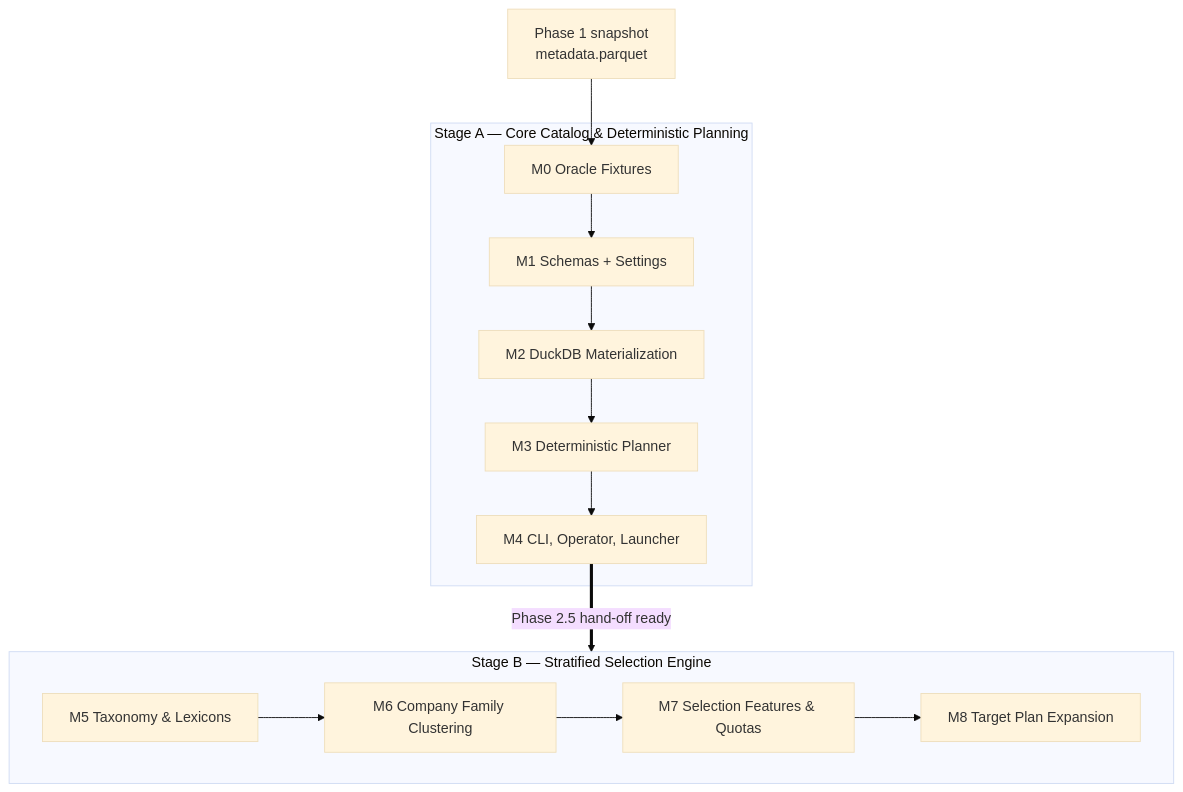
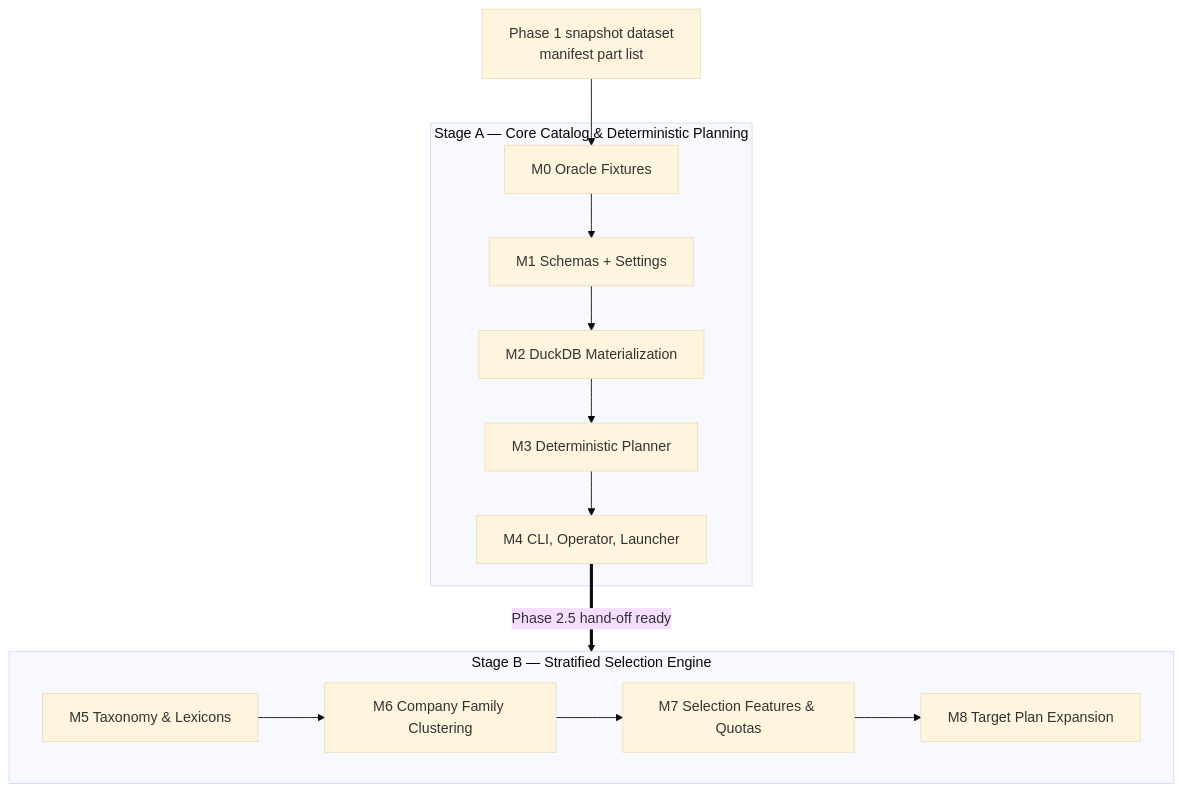
Before and after one commit to DerivedFunction01/edgar-sec: the diagram in roadmap/refactor_v2/phase_2.md, drawn with Mermaid (base theme). The commit also changed other lines of this file and 20 other files, not shown here.

````diff
--- a/roadmap/refactor_v2/phase_2.md
+++ b/roadmap/refactor_v2/phase_2.md
@@ -23,16 +23,16 @@
 ```mermaid
 graph TD
-    A["Phase 1 snapshot<br/>metadata.parquet"] --> M0
+    A["Phase 1 snapshot dataset<br/>manifest part list"] --> M0
     subgraph SA["Stage A — Core Catalog & Deterministic Planning"]
         M0["M0 Oracle Fixtures"] --> M1["M1 Schemas + Settings"]
         M1 --> M2["M2 DuckDB Materialization"]
         M2 --> M3["M3 Deterministic Planner"]
         M3 --> M4["M4 CLI, Operator, Launcher"]
     end
     M4 ==>|"Phase 2.5 hand-off ready"| SB
     subgraph SB["Stage B — Stratified Selection Engine"]
         M5["M5 Taxonomy & Lexicons"] --> M6["M6 Company Family Clustering"]
         M6 --> M7["M7 Selection Features & Quotas"]
         M7 --> M8["M8 Target Plan Expansion"]
     end
 ```
````
